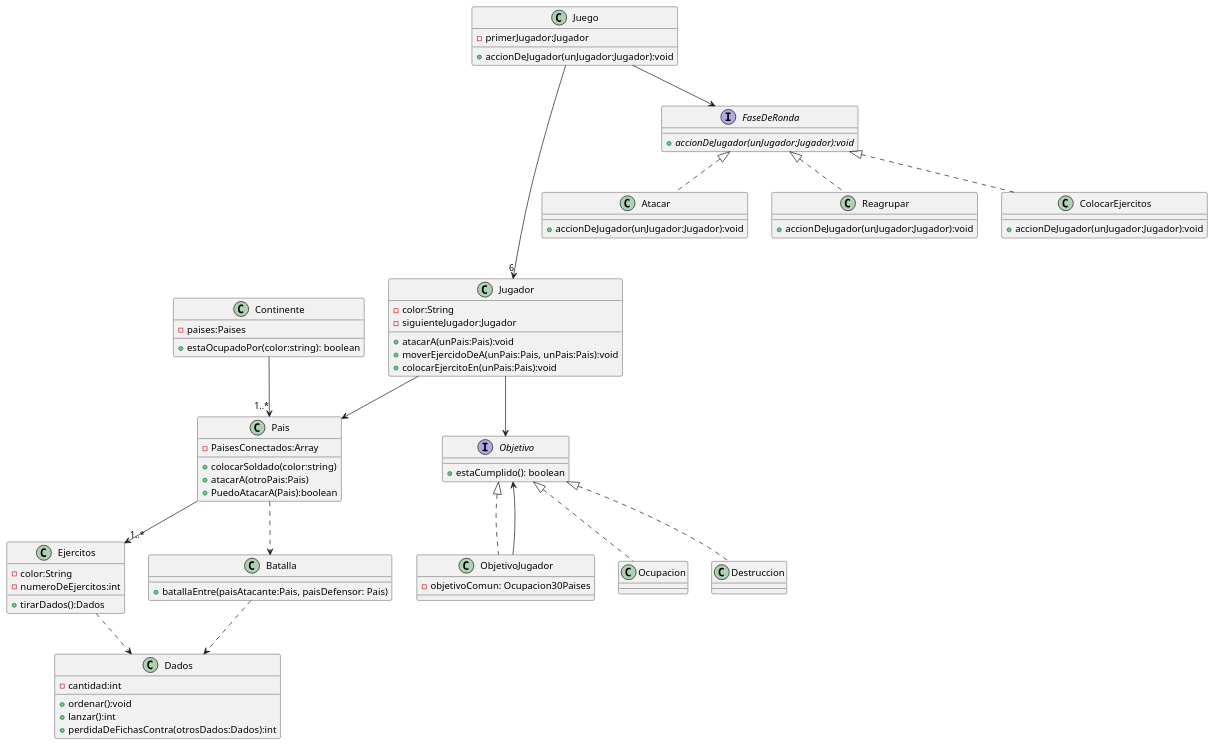
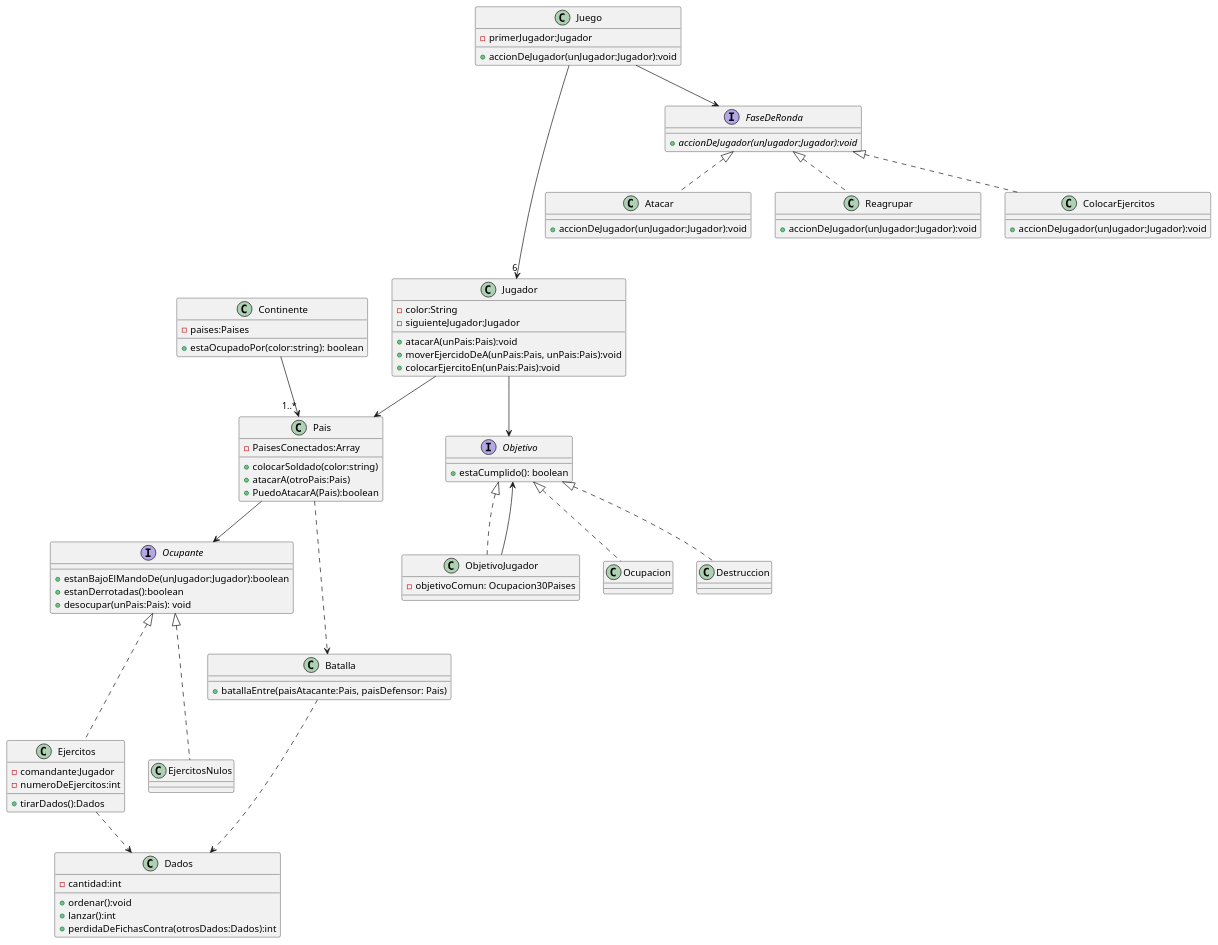
The diagram in Diagramas/Classes.puml (julia-valdo/Algoritmos-3.TP2), drawn with PlantUML before and after one commit. The commit also changed 9 other files, not shown here.

Commit message:
agregado de ejercitos nulos para que sea mas facil inicializar un pais

```diff
--- a/Diagramas/Classes.puml
+++ b/Diagramas/Classes.puml
@@ -1,98 +1,111 @@
 @startuml
 'https://plantuml.com/class-diagram
 
 class Juego{
 -primerJugador:Jugador
 +accionDeJugador(unJugador:Jugador):void
 }
 
 class Jugador{
 -color:String
 -siguienteJugador:Jugador
 +atacarA(unPais:Pais):void
 +moverEjercidoDeA(unPais:Pais, unPais:Pais):void
 +colocarEjercitoEn(unPais:Pais):void
 }
 
 class Ejercitos{
--color:String
+-comandante:Jugador
 -numeroDeEjercitos:int
 +tirarDados():Dados
 }
 
 
 class Pais{
 -PaisesConectados:Array
 +colocarSoldado(color:string)
 +atacarA(otroPais:Pais)
 +PuedoAtacarA(Pais):boolean
 }
 
 
 class ObjetivoJugador{
 -objetivoComun: Ocupacion30Paises
 
 }
 
 class Dados{
 -cantidad:int
 +ordenar():void
 +lanzar():int
 +perdidaDeFichasContra(otrosDados:Dados):int
 }
 
 class Continente{
 -paises:Paises
 + estaOcupadoPor(color:string): boolean
 }
 
 interface FaseDeRonda{
 +{abstract} accionDeJugador(unJugador:Jugador):void
 }
 
 interface Objetivo{
 + estaCumplido(): boolean
 }
 
+interface Ocupante{
+    + estanBajoElMandoDe(unJugador:Jugador):boolean
+    + estanDerrotadas():boolean
+    + desocupar(unPais:Pais): void
+}
+
+class EjercitosNulos{
+
+}
+
 class Atacar{
 +accionDeJugador(unJugador:Jugador):void
 }
 
 class Reagrupar{
 +accionDeJugador(unJugador:Jugador):void
 }
 
 class ColocarEjercitos{
 +accionDeJugador(unJugador:Jugador):void
 }
 
 class Batalla{
 +batallaEntre(paisAtacante:Pais, paisDefensor: Pais)
 }
 
 Juego ---->"6" Jugador
 Juego --> FaseDeRonda
 
 FaseDeRonda <|.. Atacar
 FaseDeRonda <|.. Reagrupar
 FaseDeRonda <|.. ColocarEjercitos
 
 
 Jugador --> Pais
 Jugador --> Objetivo
 
 
-Pais --> "1..*"Ejercitos
+Pais --> Ocupante
+
+Ocupante <|... Ejercitos
+Ocupante <|... EjercitosNulos
 
 Objetivo <|.. ObjetivoJugador
 Objetivo <|.. Ocupacion
 Objetivo <|.. Destruccion
 ObjetivoJugador --> Objetivo
 
 Pais ..> Batalla
 Ejercitos ..> Dados
 Batalla ..> Dados
 
 Continente --> "1..*" Pais
 
 @enduml
```
